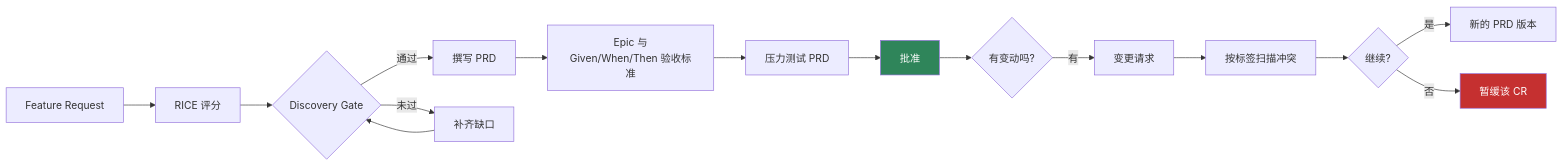
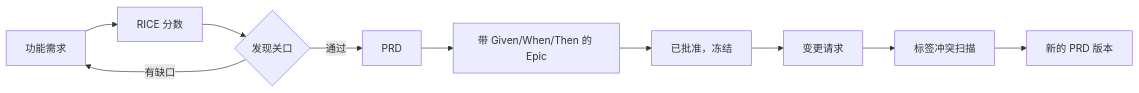
Before and after one commit to Nhat-Nguyet/product-skill-jev: the diagram in _readmes/README.zh-CN.md, drawn with Mermaid. The commit also changed other lines of this file and 6 other files, not shown here.

````diff
--- a/_readmes/README.zh-CN.md
+++ b/_readmes/README.zh-CN.md
@@ -143,20 +93,12 @@
 ```mermaid
 graph LR
-    FR[Feature Request] --> RICE[RICE 评分]
-    RICE --> Gate{Discovery Gate}
-    Gate -->|通过| PRD[撰写 PRD]
-    Gate -->|未过| Fix[补齐缺口]
-    Fix --> Gate
-    PRD --> Epics[Epic 与\nGiven/When/Then 验收标准]
-    Epics --> Grill[压力测试 PRD]
-    Grill --> Approve[批准]
-    Approve --> Change{有变动吗?}
-    Change -->|有| CR[变更请求]
-    CR --> Scan[按标签扫描冲突]
-    Scan --> Confirm{继续?}
-    Confirm -->|是| Apply[新的 PRD 版本]
-    Confirm -->|否| Hold[暂缓该 CR]
-
-    style Approve fill:#2f855a,color:#fff
-    style Hold fill:#c53030,color:#fff
+    FR[功能需求] --> RICE[RICE 分数]
+    RICE --> Gate{发现关口}
+    Gate -->|通过| PRD[PRD]
+    Gate -->|有缺口| FR
+    PRD --> Epics[带 Given/When/Then 的 Epic]
+    Epics --> Approve[已批准，冻结]
+    Approve --> CR[变更请求]
+    CR --> Scan[标签冲突扫描]
+    Scan --> V2[新的 PRD 版本]
 ```
````
